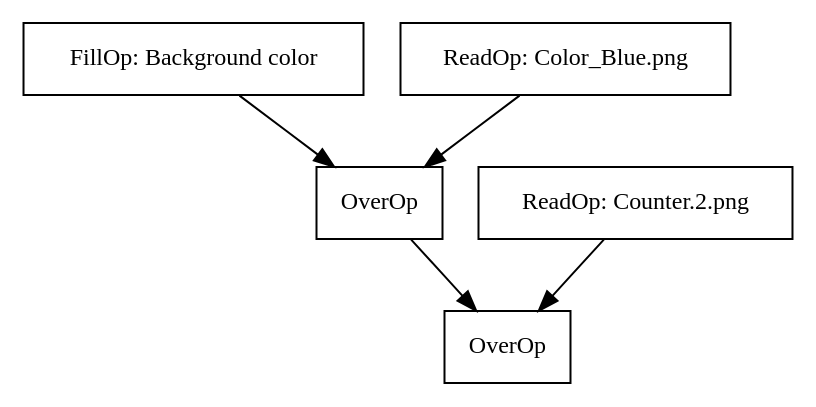
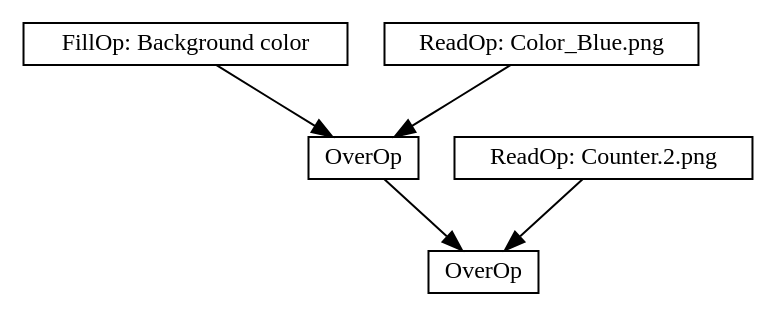
The diagram in images/CompositeTracksGraph.dot (darbyjohnston/toucan), drawn with Graphviz before and after one commit. The commit also changed 3 other files, not shown here.

```diff
--- a/images/CompositeTracksGraph.dot
+++ b/images/CompositeTracksGraph.dot
@@ -1,11 +1,11 @@
 digraph CompositeTracks {
-    FillOp [shape=box, label="FillOp: Background color", fontsize=12]
-    ReadOp [shape=box, label="ReadOp: Color_Blue.png", fontsize=12]
-    ReadOp2 [shape=box, label="ReadOp: Counter.2.png", fontsize=12]
-    OverOp [shape=box, label="OverOp", fontsize=12]
-    OverOp2 [shape=box, label="OverOp", fontsize=12]
+    FillOp [shape=box, label="FillOp: Background color", fontsize=12, margin=0.05, width=0, height=0]
+    ReadOp [shape=box, label="ReadOp: Color_Blue.png", fontsize=12, margin=0.05, width=0, height=0]
+    ReadOp2 [shape=box, label="ReadOp: Counter.2.png", fontsize=12, margin=0.05, width=0, height=0]
+    OverOp [shape=box, label="OverOp", fontsize=12, margin=0.05, width=0, height=0]
+    OverOp2 [shape=box, label="OverOp", fontsize=12, margin=0.05, width=0, height=0]
     FillOp -> OverOp;
     ReadOp -> OverOp;
     OverOp -> OverOp2;
     ReadOp2 -> OverOp2;
 }
```
